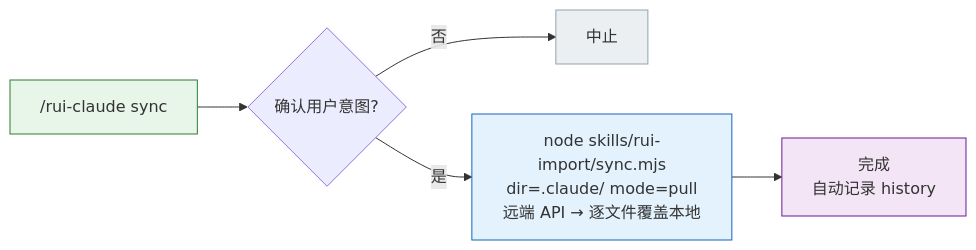
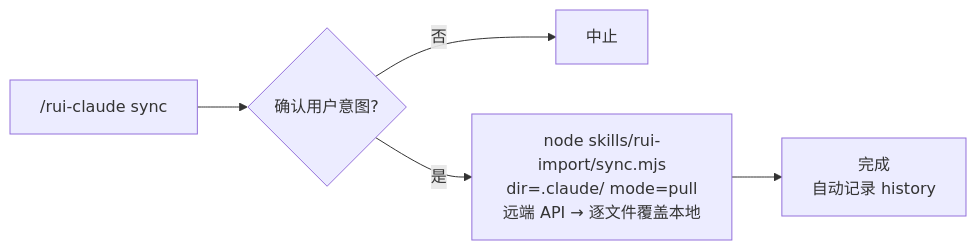
One commit to effiy/YrY changed the third of 8 diagrams in skills/rui-claude/SKILL.md. Above: the diagram before and after it, drawn with Mermaid. The commit also changed other lines of this file and 61 other files, not shown here.

````diff
--- a/skills/rui-claude/SKILL.md
+++ b/skills/rui-claude/SKILL.md
@@ -69,12 +65,8 @@
 ```mermaid
 flowchart LR
     TRIGGER["/rui-claude sync"]:::src --> CHECK{"确认用户意图?"}
     CHECK -->|"否"| ABORT["中止"]:::abort
     CHECK -->|"是"| PULL["node skills/rui-import/sync.mjs<br/>dir=.claude/ mode=pull<br/>远端 API → 逐文件覆盖本地"]:::op
     PULL --> DONE["完成<br/>自动记录 history"]:::done
 
-    classDef src fill:#e8f5e9,stroke:#2e7d32;
-    classDef abort fill:#eceff1,stroke:#90a4ae;
-    classDef op fill:#e3f2fd,stroke:#1565c0;
-    classDef done fill:#f3e5f5,stroke:#6a1b9a;
 ```
````
